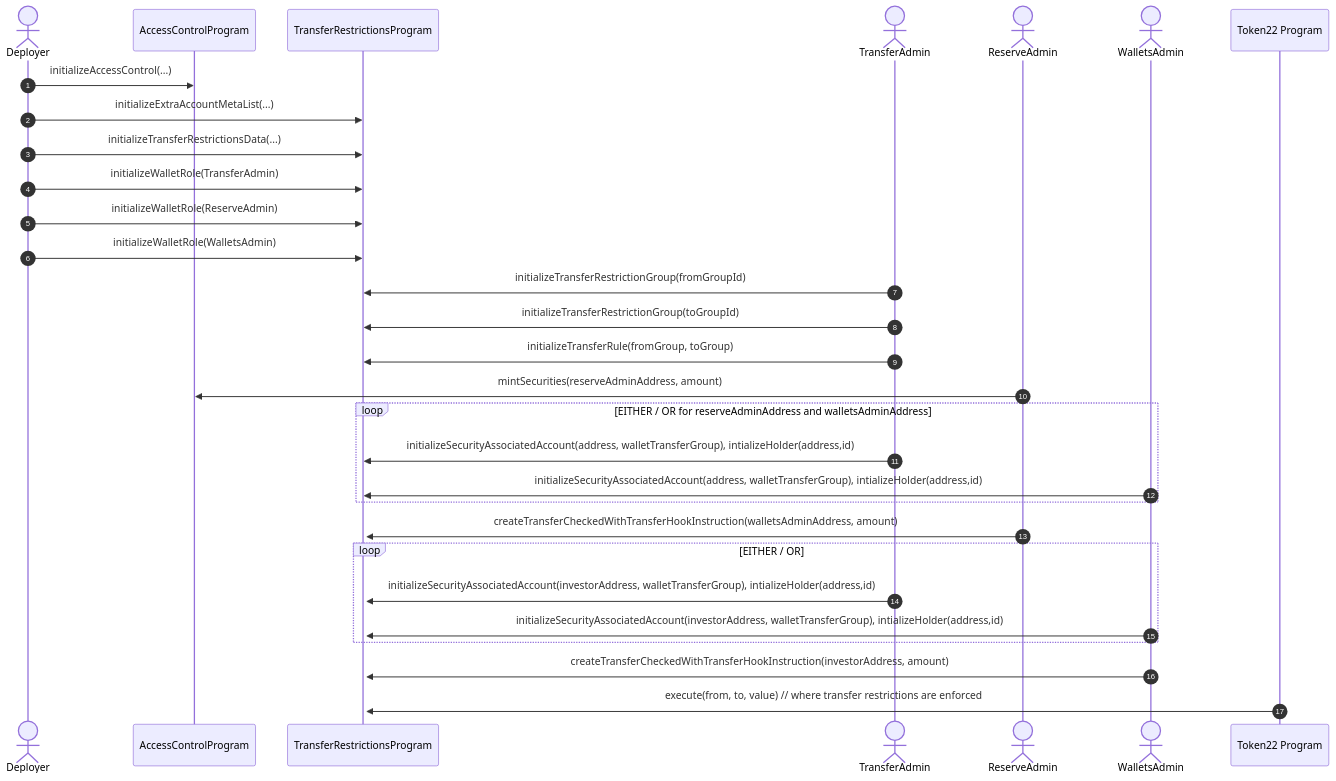
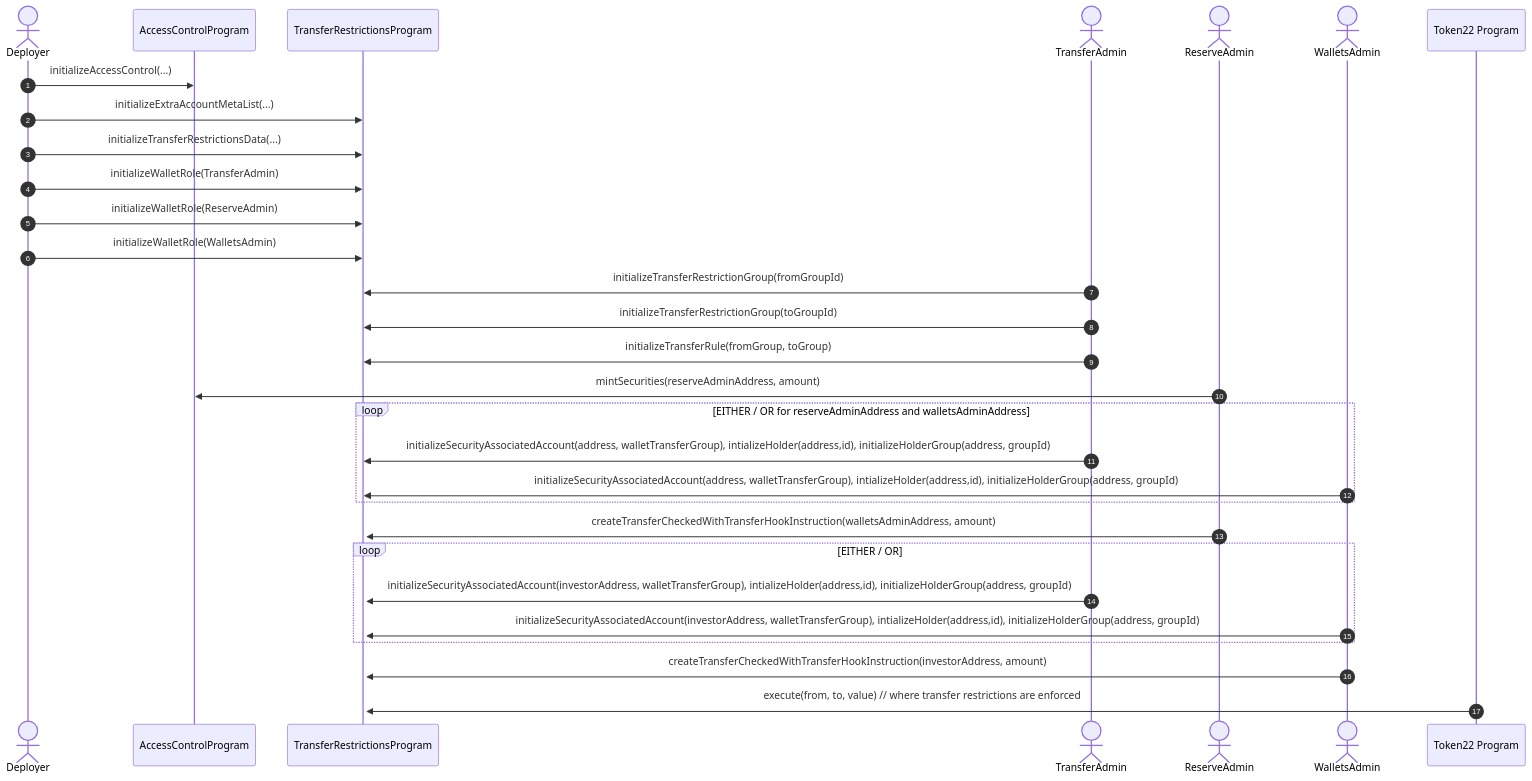
One commit to CoMakery/solana-security-token changed the third of 5 diagrams in README.md. Above: the diagram before and after it, drawn with Mermaid. The commit also changed other lines of this file and 55 other files, not shown here.

````diff
--- a/README.md
+++ b/README.md
@@ -299,39 +366,39 @@
 ```mermaid
 sequenceDiagram
   autonumber
 	actor Deployer
    participant AccessControlProgram
    participant TransferRestrictionsProgram
 
    actor TransferAdmin
    actor ReserveAdmin
    actor WalletsAdmin
 
   Deployer ->> AccessControlProgram: initializeAccessControl(...)
   Deployer ->> TransferRestrictionsProgram: initializeExtraAccountMetaList(...)
   Deployer ->> TransferRestrictionsProgram: initializeTransferRestrictionsData(...)
 
   Deployer ->> TransferRestrictionsProgram: initializeWalletRole(TransferAdmin)
   Deployer ->> TransferRestrictionsProgram: initializeWalletRole(ReserveAdmin)
   Deployer ->> TransferRestrictionsProgram: initializeWalletRole(WalletsAdmin)
 
   TransferAdmin ->> TransferRestrictionsProgram: initializeTransferRestrictionGroup(fromGroupId)
   TransferAdmin ->> TransferRestrictionsProgram: initializeTransferRestrictionGroup(toGroupId)
   TransferAdmin ->> TransferRestrictionsProgram: initializeTransferRule(fromGroup, toGroup)
 
   ReserveAdmin ->> AccessControlProgram: mintSecurities(reserveAdminAddress, amount)
 
   loop EITHER / OR for reserveAdminAddress and walletsAdminAddress
-      TransferAdmin ->> TransferRestrictionsProgram: initializeSecurityAssociatedAccount(address, walletTransferGroup), intializeHolder(address,id)
-      WalletsAdmin ->> TransferRestrictionsProgram: initializeSecurityAssociatedAccount(address, walletTransferGroup), intializeHolder(address,id)
+      TransferAdmin ->> TransferRestrictionsProgram: initializeSecurityAssociatedAccount(address, walletTransferGroup), intializeHolder(address,id), initializeHolderGroup(address, groupId)
+      WalletsAdmin ->> TransferRestrictionsProgram: initializeSecurityAssociatedAccount(address, walletTransferGroup), intializeHolder(address,id), initializeHolderGroup(address, groupId)
   end
 
   ReserveAdmin ->>+ TransferRestrictionsProgram: createTransferCheckedWithTransferHookInstruction(walletsAdminAddress, amount)
   loop EITHER / OR
-      TransferAdmin ->> TransferRestrictionsProgram: initializeSecurityAssociatedAccount(investorAddress, walletTransferGroup), intializeHolder(address,id)
-      WalletsAdmin ->> TransferRestrictionsProgram: initializeSecurityAssociatedAccount(investorAddress, walletTransferGroup), intializeHolder(address,id)
+      TransferAdmin ->> TransferRestrictionsProgram: initializeSecurityAssociatedAccount(investorAddress, walletTransferGroup), intializeHolder(address,id), initializeHolderGroup(address, groupId)
+      WalletsAdmin ->> TransferRestrictionsProgram: initializeSecurityAssociatedAccount(investorAddress, walletTransferGroup), intializeHolder(address,id), initializeHolderGroup(address, groupId)
   end
 
   WalletsAdmin ->> TransferRestrictionsProgram: createTransferCheckedWithTransferHookInstruction(investorAddress, amount)
   Token22 Program ->> TransferRestrictionsProgram: execute(from, to, value) // where transfer restrictions are enforced
 ```
````
